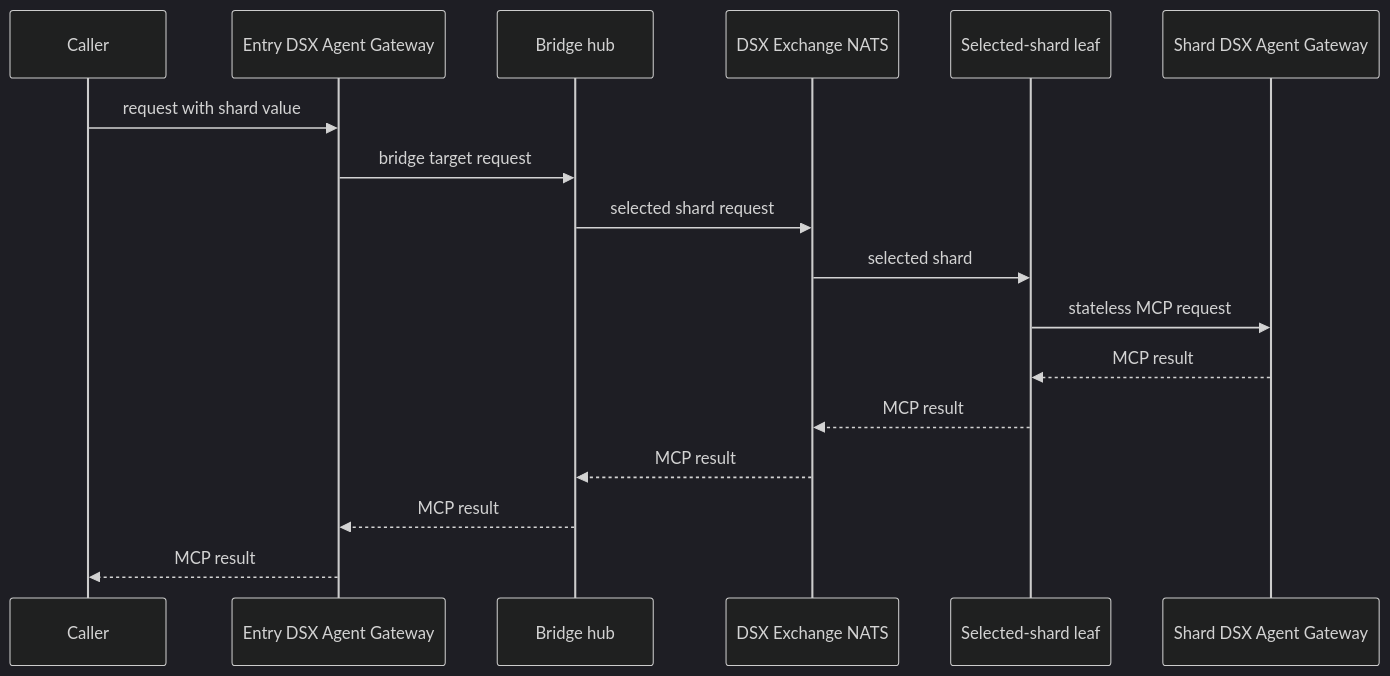
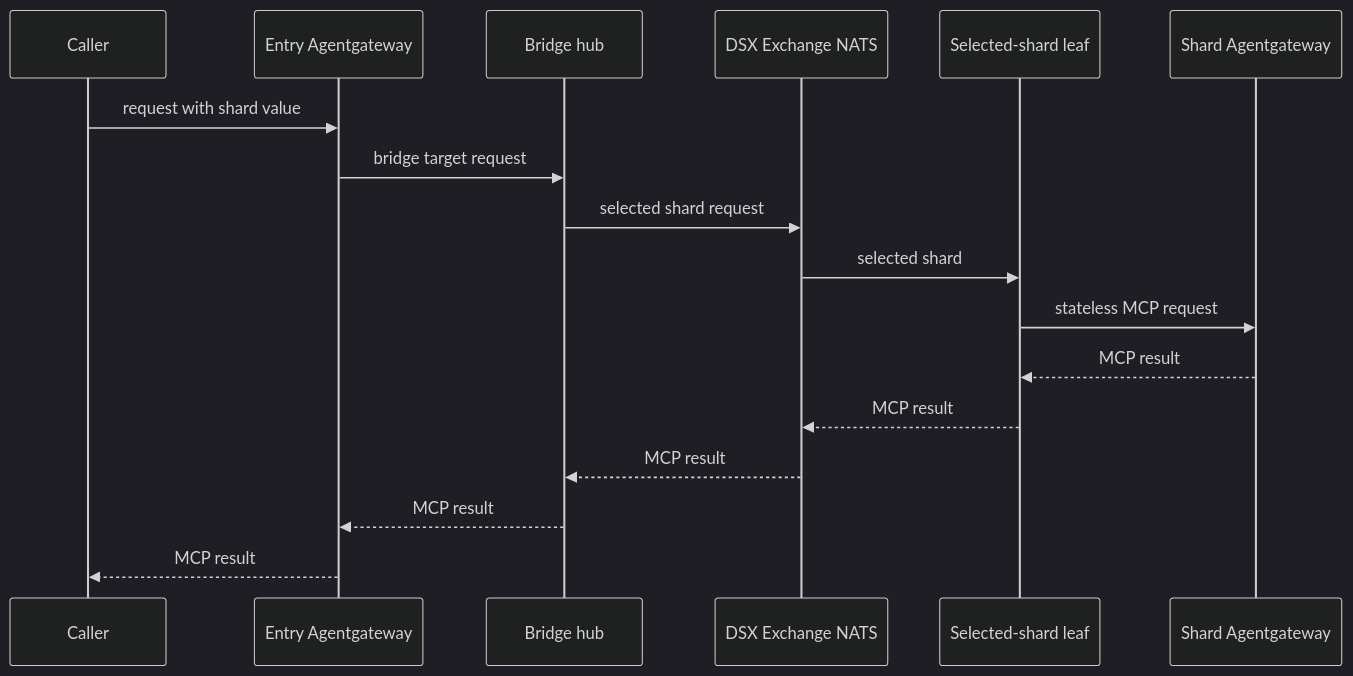
The fourth of 5 diagrams in dsx-agentgateway-bridge/README.md (NVIDIA/dsx-exchange), drawn with Mermaid (dark theme) before and after one commit. The commit also changed other lines of this file and 12 other files, not shown here.

````diff
--- a/dsx-agentgateway-bridge/README.md
+++ b/dsx-agentgateway-bridge/README.md
@@ -153,20 +153,20 @@
 ```mermaid
 sequenceDiagram
     participant Caller
-    participant Entry as Entry DSX Agent Gateway
+    participant Entry as Entry Agentgateway
     participant Hub as Bridge hub
     participant Bus as DSX Exchange NATS
     participant Leaf as Selected-shard leaf
-    participant Remote as Shard DSX Agent Gateway
+    participant Remote as Shard Agentgateway
 
     Caller->>Entry: request with shard value
     Entry->>Hub: bridge target request
     Hub->>Bus: selected shard request
     Bus->>Leaf: selected shard
     Leaf->>Remote: stateless MCP request
     Remote-->>Leaf: MCP result
     Leaf-->>Bus: MCP result
     Bus-->>Hub: MCP result
     Hub-->>Entry: MCP result
     Entry-->>Caller: MCP result
 ```
````
